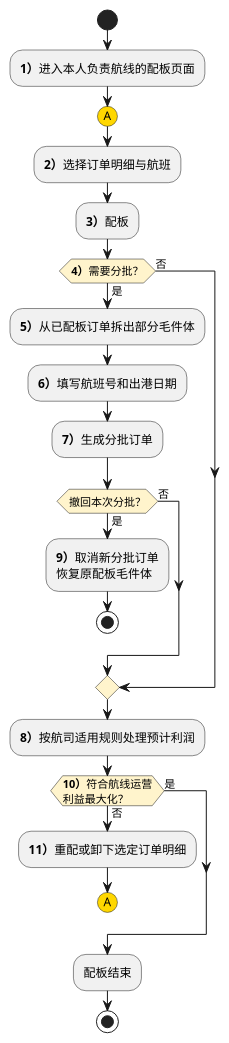
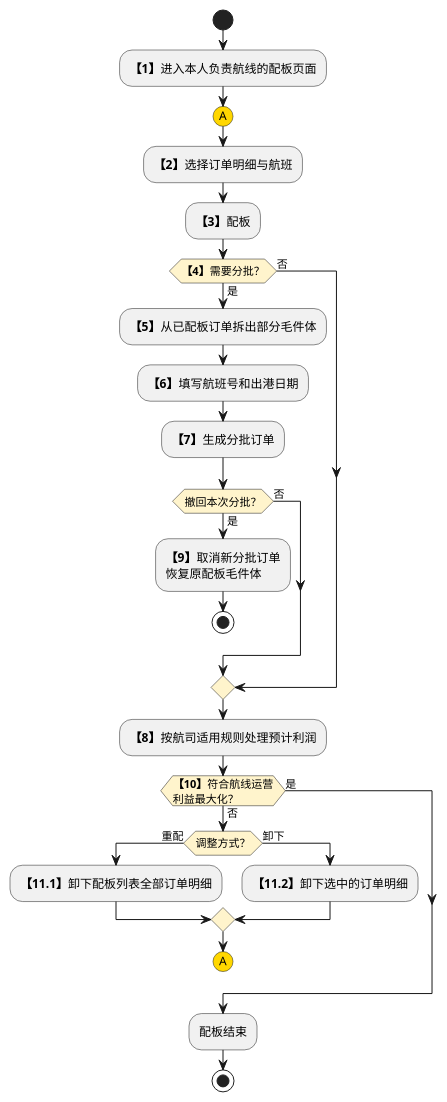
One commit to jack888332/projects-doc changed the second of 2 diagrams in product-caliber/goldjet/segmented-prd/PRD.高捷物流系统一期.第008篇.舱位管理与配板.01F81010E3.md. Above: the diagram before and after it, drawn with PlantUML. The commit also changed other lines of this file and 12 other files, not shown here.

Commit message:
完善DSL图

````diff
--- a/product-caliber/goldjet/segmented-prd/PRD.高捷物流系统一期.第008篇.舱位管理与配板.01F81010E3.md
+++ b/product-caliber/goldjet/segmented-prd/PRD.高捷物流系统一期.第008篇.舱位管理与配板.01F81010E3.md
@@ -327,30 +328,34 @@
 ```plantuml
 @startuml goldjet-008-pallet-allocation
 skinparam activityDiamondBackgroundColor #FFF4CC
 start
-:**1）**进入本人负责航线的配板页面;
+:**【1】**进入本人负责航线的配板页面;
 #gold:(A)
-:**2）**选择订单明细与航班;
-:**3）**配板;
-if (**4）**需要分批？) then (是)
-  :**5）**从已配板订单拆出部分毛件体;
-  :**6）**填写航班号和出港日期;
-  :**7）**生成分批订单;
+:**【2】**选择订单明细与航班;
+:**【3】**配板;
+if (**【4】**需要分批？) then (是)
+  :**【5】**从已配板订单拆出部分毛件体;
+  :**【6】**填写航班号和出港日期;
+  :**【7】**生成分批订单;
   if (撤回本次分批？) then (是)
-    :**9）**取消新分批订单\n恢复原配板毛件体;
+    :**【9】**取消新分批订单\n恢复原配板毛件体;
     stop
   else (否)
   endif
 else (否)
 endif
-:**8）**按航司适用规则处理预计利润;
-if (**10）**符合航线运营\n利益最大化？) then (否)
-  :**11）**重配或卸下选定订单明细;
+:**【8】**按航司适用规则处理预计利润;
+if (**【10】**符合航线运营\n利益最大化？) then (否)
+  if (调整方式？) then (重配)
+    :**【11.1】**卸下配板列表全部订单明细;
+  else (卸下)
+    :**【11.2】**卸下选中的订单明细;
+  endif
   #gold:(A)
   detach
 else (是)
 endif
 :配板结束;
 stop
 @enduml
 ```
````
